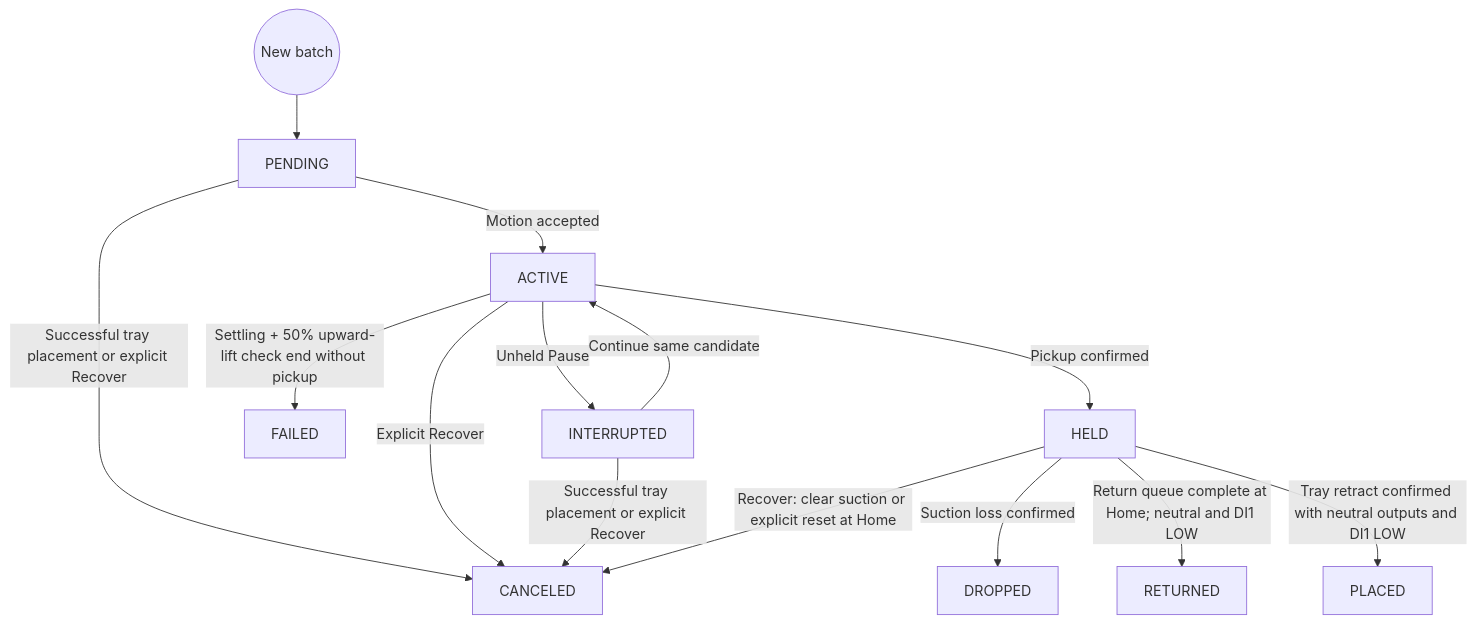
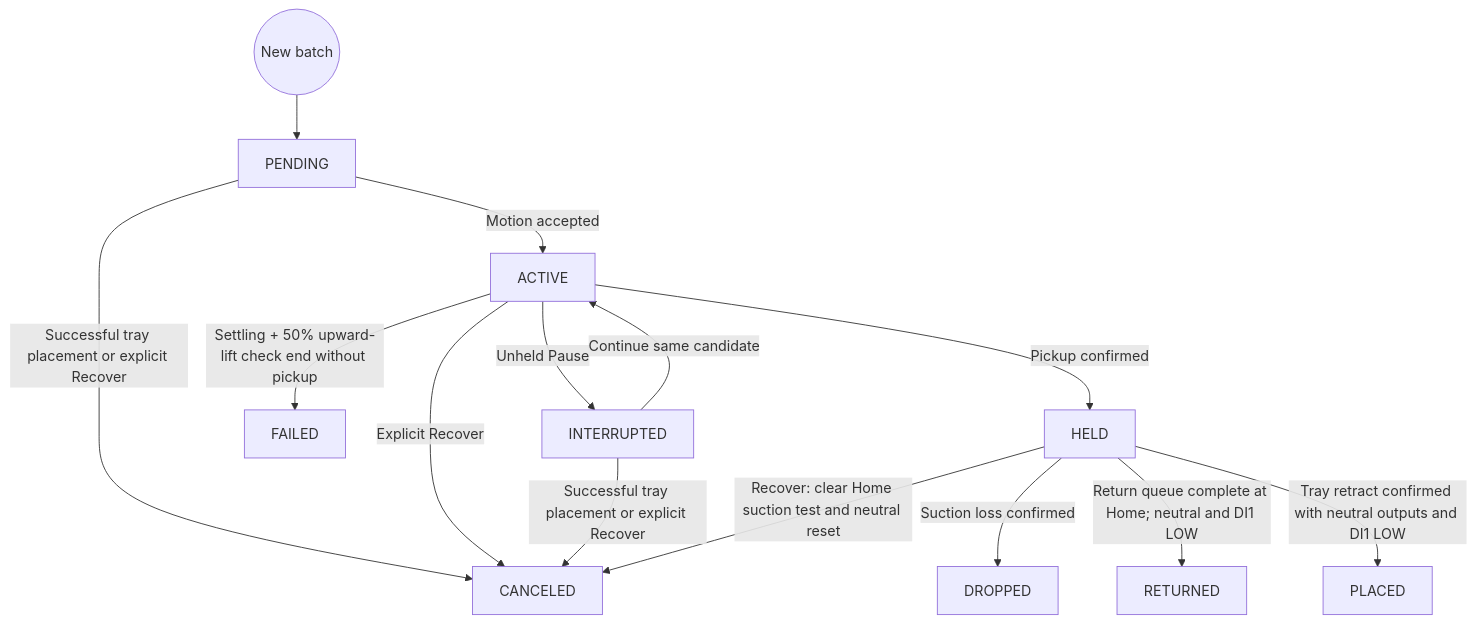
Before and after one commit to esgange/dobot_picknplace_yolo: the fourth of 9 diagrams in docs/ROBOT_CONTROLLER_FSM.md, drawn with Mermaid. The commit also changed other lines of this file and 16 other files, not shown here.

Commit message:
Test suction at Home during Recovery and offer saved-item return

````diff
--- a/docs/ROBOT_CONTROLLER_FSM.md
+++ b/docs/ROBOT_CONTROLLER_FSM.md
@@ -862,16 +883,16 @@
 ```mermaid
 flowchart TD
     Batch((New batch)) --> PENDING
     PENDING -->|Motion accepted| ACTIVE
     ACTIVE -->|Unheld Pause| INTERRUPTED
     INTERRUPTED -->|Continue same candidate| ACTIVE
     ACTIVE -->|Settling + 50% upward-lift check end without pickup| FAILED
     ACTIVE -->|Pickup confirmed| HELD
     HELD -->|Suction loss confirmed| DROPPED
     HELD -->|Return queue complete at Home; neutral and DI1 LOW| RETURNED
     HELD -->|Tray retract confirmed with neutral outputs and DI1 LOW| PLACED
     PENDING -->|Successful tray placement or explicit Recover| CANCELED
     ACTIVE -->|Explicit Recover| CANCELED
     INTERRUPTED -->|Successful tray placement or explicit Recover| CANCELED
-    HELD -->|Recover: clear suction or explicit reset at Home| CANCELED
+    HELD -->|Recover: clear Home suction test and neutral reset| CANCELED
 ```
````
